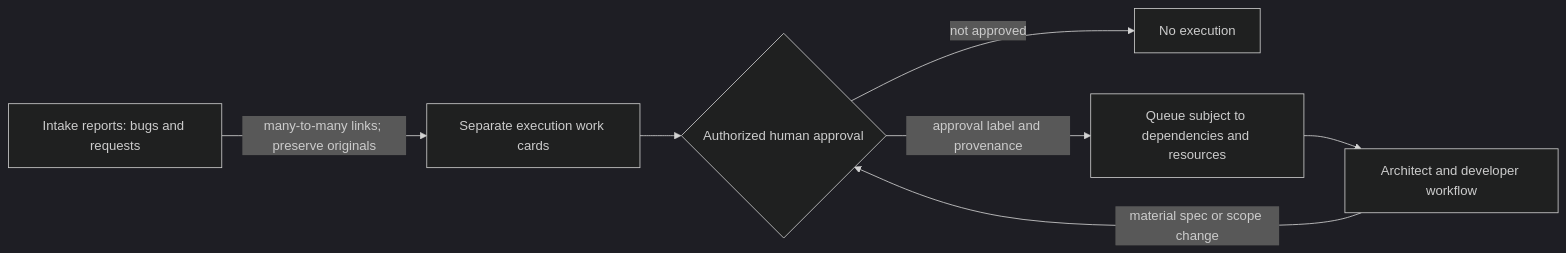
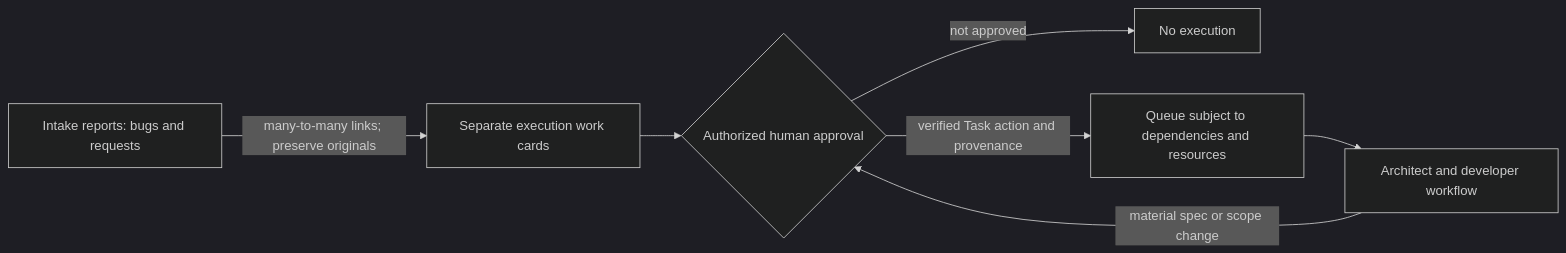
The third of 4 diagrams in docs/PRD.md (alexmakeev/jam-bot), drawn with Mermaid (dark theme) before and after one commit. The commit also changed other lines of this file and 3 other files, not shown here.

Commit message:
Adopt native Task approval and typed intake forms

````diff
--- a/docs/PRD.md
+++ b/docs/PRD.md
@@ -123,9 +123,9 @@
 ```mermaid
 flowchart LR
   R["Intake reports: bugs and requests"] -->|"many-to-many links; preserve originals"| T["Separate execution work cards"]
   T --> H{"Authorized human approval"}
   H -->|"not approved"| N["No execution"]
-  H -->|"approval label and provenance"| Q["Queue subject to dependencies and resources"]
+  H -->|"verified Task action and provenance"| Q["Queue subject to dependencies and resources"]
   Q --> E["Architect and developer workflow"]
   E -->|"material spec or scope change"| H
 ```
````
